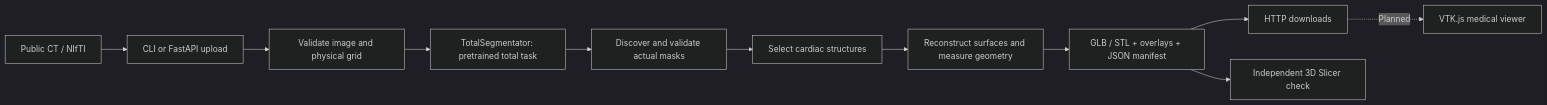
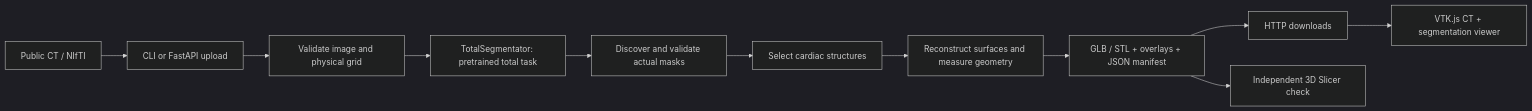
One commit to ahmadsobohhh/HeartAI changed the diagram in README.md. Above: the diagram before and after it, drawn with Mermaid (dark theme). The commit also changed other lines of this file and 21 other files, not shown here.

````diff
--- a/README.md
+++ b/README.md
@@ -46,13 +54,13 @@
 ```mermaid
 flowchart LR
     A[Public CT / NIfTI] --> B[CLI or FastAPI upload]
     B --> C[Validate image and physical grid]
     C --> D[TotalSegmentator: pretrained total task]
     D --> E[Discover and validate actual masks]
     E --> F[Select cardiac structures]
     F --> G[Reconstruct surfaces and measure geometry]
     G --> H[GLB / STL + overlays + JSON manifest]
     H --> I[HTTP downloads]
     H --> J[Independent 3D Slicer check]
-    I -. Planned .-> K[VTK.js medical viewer]
+    I --> K[VTK.js CT + segmentation viewer]
 ```
````
